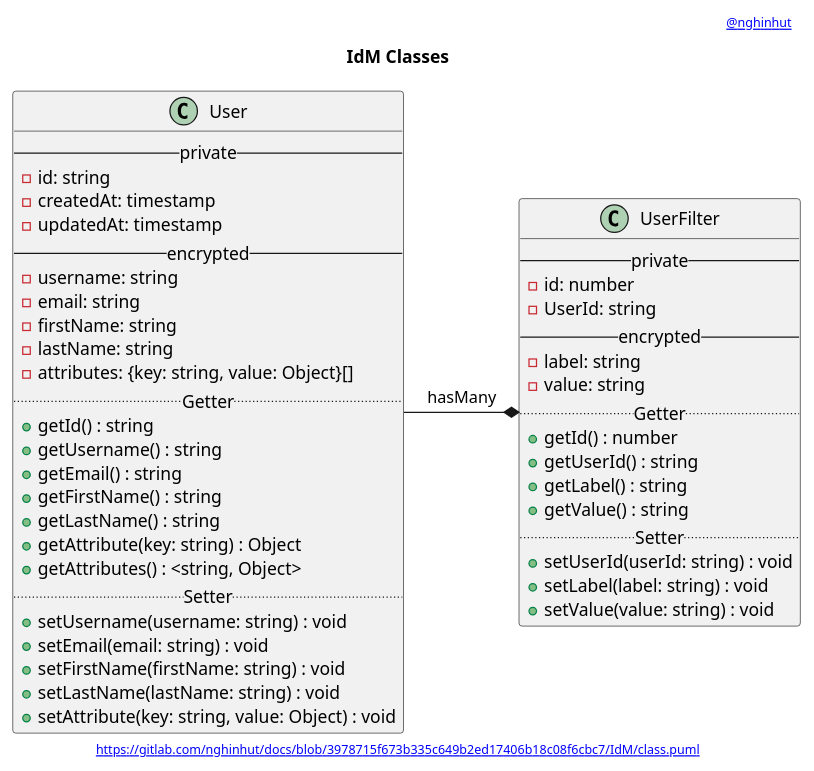
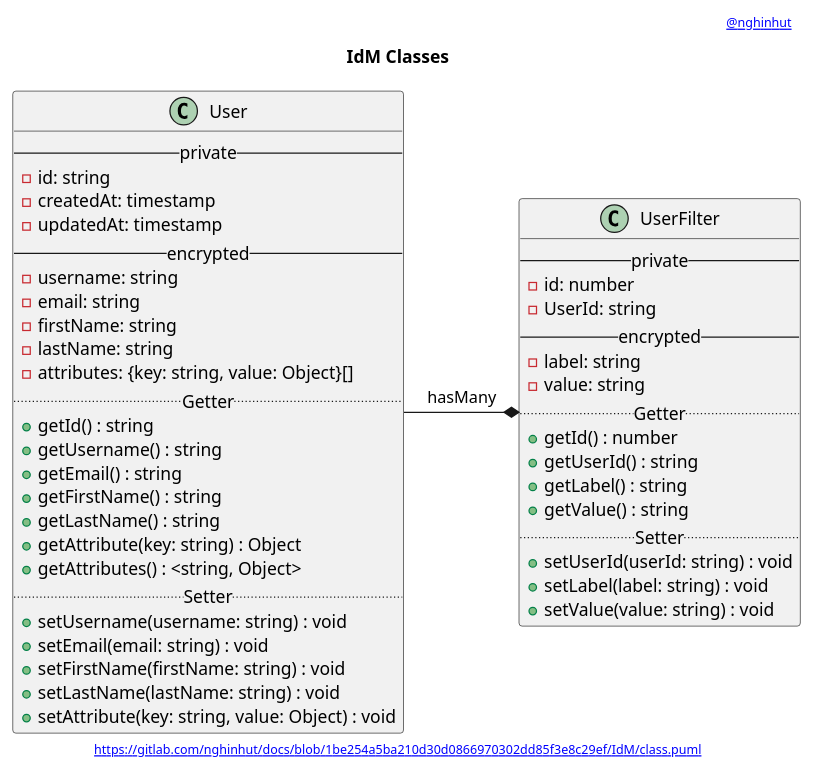
Before and after one commit to nghinhut/docs: the diagram in IdM/class.puml, drawn with PlantUML. The commit also changed 22 other files, not shown here.

Commit message:
Update diagrams

```diff
--- a/IdM/class.puml
+++ b/IdM/class.puml
@@ -1,56 +1,56 @@
 @startuml
 '-----START auto generated metadata please keep comment here to allow auto update-----
 '-----DON'T EDIT THIS SECTION, INSTEAD RE-RUN prebuild.sh TO UPDATE-----
-header [[https://www.nghinhut.dev?from=http%5C%3A%5C%2F%5C%2Fwww%5C.plantuml%5C.com%5C%2Fplantuml%5C%2Fproxy%3Ffmt%3Dsvg%5C%26src%3Dhttps%5C%3A%5C%2F%5C%2Fgitlab%5C.com%5C%2Fnghinhut%5C%2Fdocs%5C%2Fraw%5C%2F3978715f673b335c649b2ed17406b18c08f6cbc7%5C%2FIdM%5C%2Fclass%5C.puml%0A @nghinhut]]
-footer [[http://www.plantuml.com/plantuml/proxy?fmt=svg&src=https://gitlab.com/nghinhut/docs/raw/3978715f673b335c649b2ed17406b18c08f6cbc7/IdM/class.puml https://gitlab.com/nghinhut/docs/blob/3978715f673b335c649b2ed17406b18c08f6cbc7/IdM/class.puml]]
+header [[https://www.nghinhut.dev?from=http%5C%3A%5C%2F%5C%2Fwww%5C.plantuml%5C.com%5C%2Fplantuml%5C%2Fproxy%3Ffmt%3Dsvg%5C%26src%3Dhttps%5C%3A%5C%2F%5C%2Fgitlab%5C.com%5C%2Fnghinhut%5C%2Fdocs%5C%2Fraw%5C%2F1be254a5ba210d30d0866970302dd85f3e8c29ef%5C%2FIdM%5C%2Fclass%5C.puml%0A @nghinhut]]
+footer [[http://www.plantuml.com/plantuml/proxy?fmt=svg&src=https://gitlab.com/nghinhut/docs/raw/1be254a5ba210d30d0866970302dd85f3e8c29ef/IdM/class.puml https://gitlab.com/nghinhut/docs/blob/1be254a5ba210d30d0866970302dd85f3e8c29ef/IdM/class.puml]]
 '-----END auto generated metadata please keep comment here to allow auto update-----
 title IdM Classes
 
 class "User" as user {
     -- private --
     - id: string
     - createdAt: timestamp
     - updatedAt: timestamp
     -- encrypted --
     - username: string
     - email: string
     - firstName: string
     - lastName: string
     - attributes: {key: string, value: Object}[]
     .. Getter ..
     + getId() : string
     + getUsername() : string
     + getEmail() : string
     + getFirstName() : string
     + getLastName() : string
     + getAttribute(key: string) : Object
     + getAttributes() : <string, Object>
     .. Setter ..
     + setUsername(username: string) : void
     + setEmail(email: string) : void
     + setFirstName(firstName: string) : void
     + setLastName(lastName: string) : void
     + setAttribute(key: string, value: Object) : void
 }
 
 class "UserFilter" as user_filter {
     -- private --
     - id: number
     - UserId: string
     -- encrypted --
     - label: string
     - value: string
     .. Getter ..
     + getId() : number
     + getUserId() : string
     + getLabel() : string
     + getValue() : string
     .. Setter ..
     + setUserId(userId: string) : void
     + setLabel(label: string) : void
     + setValue(value: string) : void
 }
 
 user -* user_filter : hasMany
 
 @enduml
```
